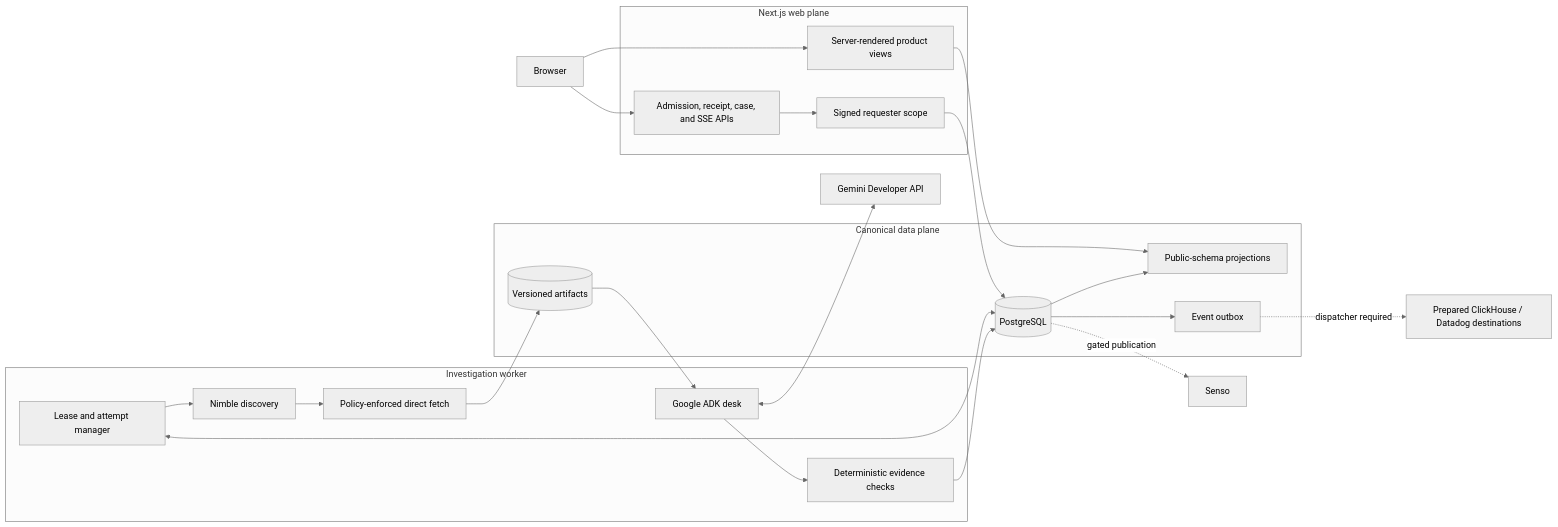
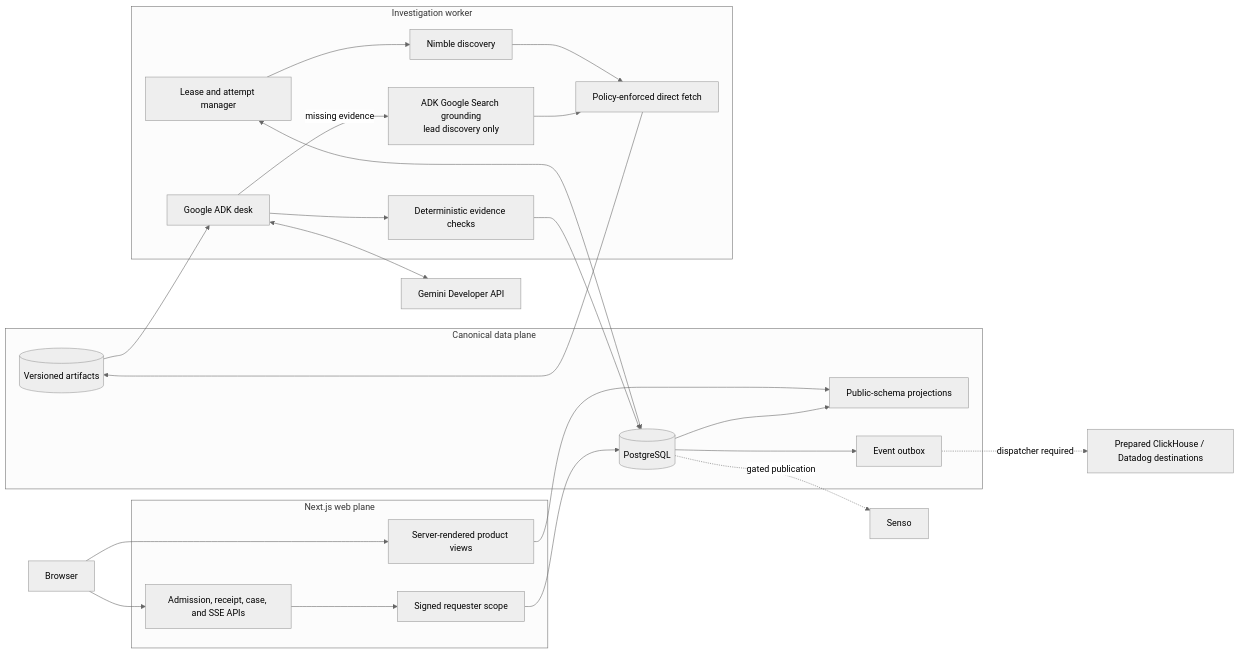
The first of 8 diagrams in README.md (advik-bhatt/public-wire), drawn with Mermaid (neutral theme) before and after one commit. The commit also changed other lines of this file and 29 other files, not shown here.

````diff
--- a/README.md
+++ b/README.md
@@ -49,41 +51,43 @@
 ```mermaid
 flowchart LR
     browser["Browser"]
 
     subgraph web["Next.js web plane"]
         pages["Server-rendered product views"]
         api["Admission, receipt, case, and SSE APIs"]
         scope["Signed requester scope"]
     end
 
     subgraph data["Canonical data plane"]
         pg[("PostgreSQL")]
         artifacts[("Versioned artifacts")]
         projection["Public-schema projections"]
         outbox["Event outbox"]
     end
 
     subgraph worker["Investigation worker"]
         lease["Lease and attempt manager"]
         discover["Nimble discovery"]
+        grounded["ADK Google Search grounding\nlead discovery only"]
         fetch["Policy-enforced direct fetch"]
         desk["Google ADK desk"]
         validate["Deterministic evidence checks"]
     end
 
     gemini["Gemini Developer API"]
     telemetry["Prepared ClickHouse / Datadog destinations"]
     senso["Senso"]
 
     browser --> pages
     browser --> api --> scope --> pg
     pages --> projection
     pg --> projection
 
     lease <--> pg
     lease --> discover --> fetch --> artifacts
+    desk -- "missing evidence" --> grounded --> fetch
     artifacts --> desk <--> gemini
     desk --> validate --> pg
     pg --> outbox -. "dispatcher required" .-> telemetry
     pg -. "gated publication" .-> senso
 ```
````
